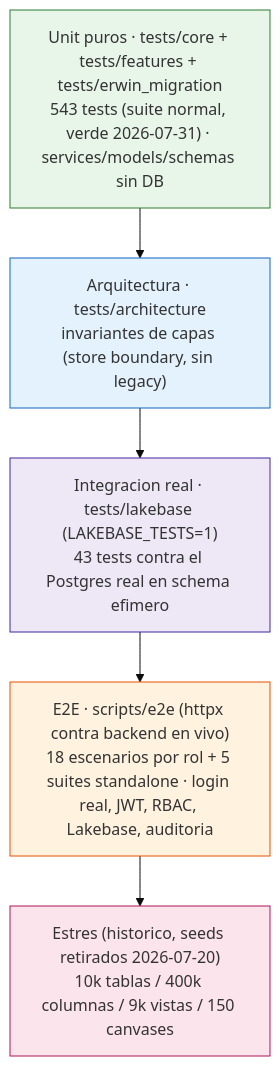
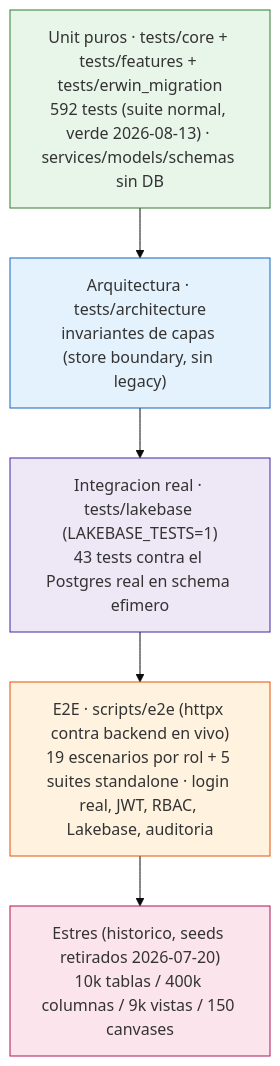
One commit to Carlosmps97/backend-data-model-hub changed the first of 6 diagrams in doc/testing.md. Above: the diagram before and after it, drawn with Mermaid (base theme). The commit also changed other lines of this file and 7 other files, not shown here.

````diff
--- a/doc/testing.md
+++ b/doc/testing.md
@@ -21,16 +21,16 @@
 ```mermaid
 flowchart TD
     A["Estres (historico, seeds retirados 2026-07-20)<br/>10k tablas / 400k columnas / 9k vistas / 150 canvases"]
-    B["E2E · scripts/e2e (httpx contra backend en vivo)<br/>18 escenarios por rol + 5 suites standalone · login real, JWT, RBAC, Lakebase, auditoria"]
+    B["E2E · scripts/e2e (httpx contra backend en vivo)<br/>19 escenarios por rol + 5 suites standalone · login real, JWT, RBAC, Lakebase, auditoria"]
     L["Integracion real · tests/lakebase (LAKEBASE_TESTS=1)<br/>43 tests contra el Postgres real en schema efimero"]
     C["Arquitectura · tests/architecture<br/>invariantes de capas (store boundary, sin legacy)"]
-    D["Unit puros · tests/core + tests/features + tests/erwin_migration<br/>543 tests (suite normal, verde 2026-07-31) · services/models/schemas sin DB"]
+    D["Unit puros · tests/core + tests/features + tests/erwin_migration<br/>592 tests (suite normal, verde 2026-08-13) · services/models/schemas sin DB"]
 
     D --> C --> L --> B --> A
 
     style D fill:#e8f5e9,stroke:#2e7d32
     style C fill:#e3f2fd,stroke:#1565c0
     style L fill:#ede7f6,stroke:#4527a0
     style B fill:#fff3e0,stroke:#e65100
     style A fill:#fce4ec,stroke:#ad1457
 ```
````
